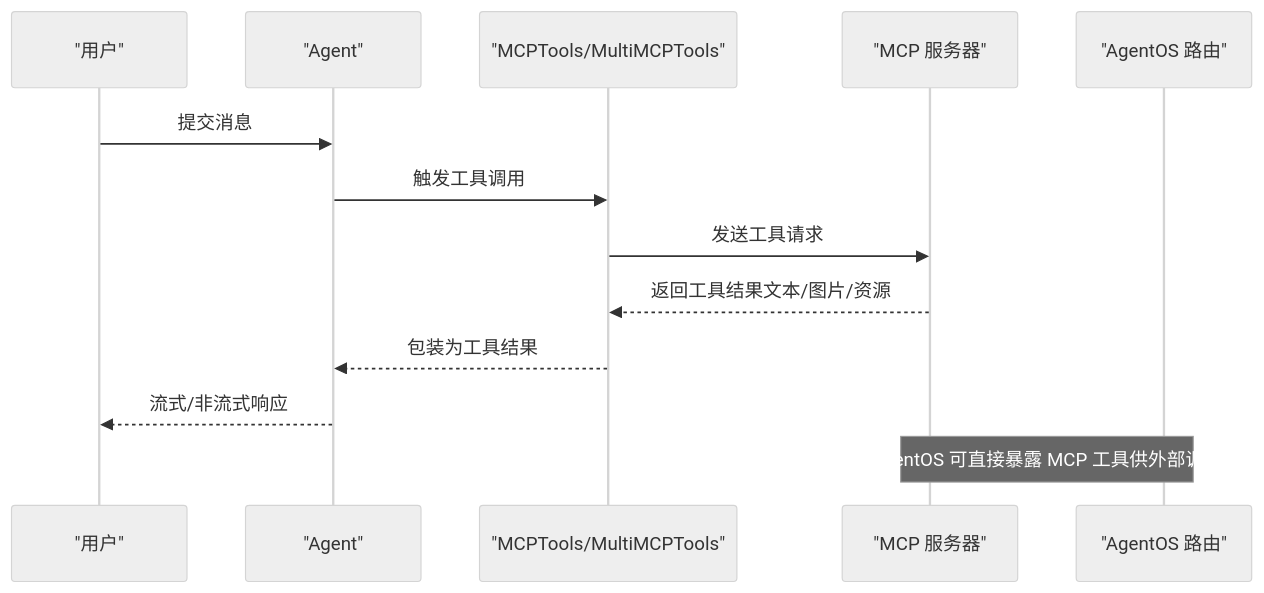
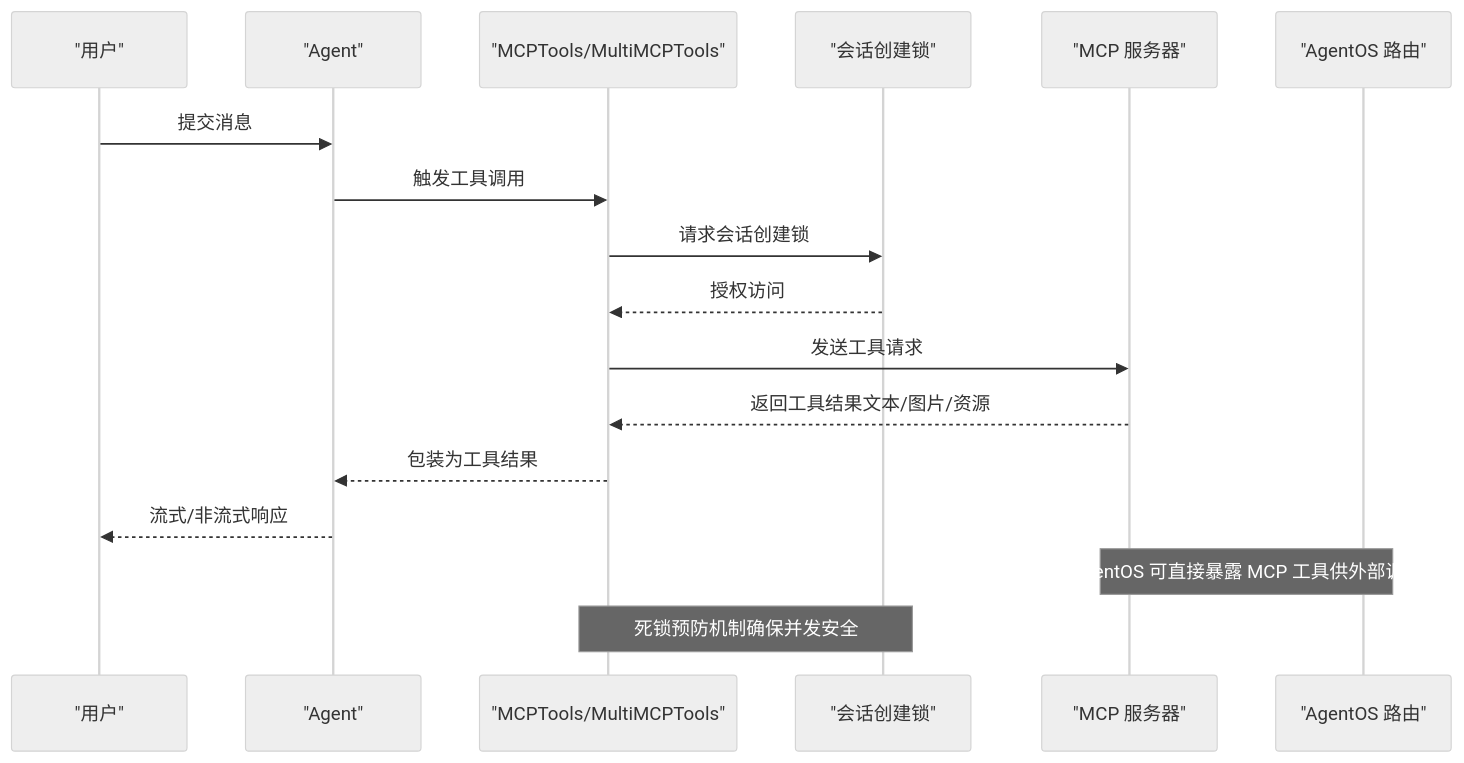
The second of 7 diagrams in .qoder/repowiki/zh/content/工具系统/MCP 工具.md (defulat-coder/agno-learn), drawn with Mermaid (neutral theme) before and after one commit. The commit also changed other lines of this file and 1683 other files, not shown here.

````diff
--- a/.qoder/repowiki/zh/content/工具系统/MCP 工具.md
+++ b/.qoder/repowiki/zh/content/工具系统/MCP 工具.md
@@ -127,15 +116,19 @@
 ```mermaid
 sequenceDiagram
 participant U as "用户"
 participant A as "Agent"
 participant T as "MCPTools/MultiMCPTools"
+participant L as "会话创建锁"
 participant S as "MCP 服务器"
 participant OS as "AgentOS 路由"
 U->>A : 提交消息
 A->>T : 触发工具调用
+T->>L : 请求会话创建锁
+L-->>T : 授权访问
 T->>S : 发送工具请求
 S-->>T : 返回工具结果文本/图片/资源
 T-->>A : 包装为工具结果
 A-->>U : 流式/非流式响应
 Note over OS,S : AgentOS 可直接暴露 MCP 工具供外部调用
+Note over T,L : 死锁预防机制确保并发安全
 ```
````
